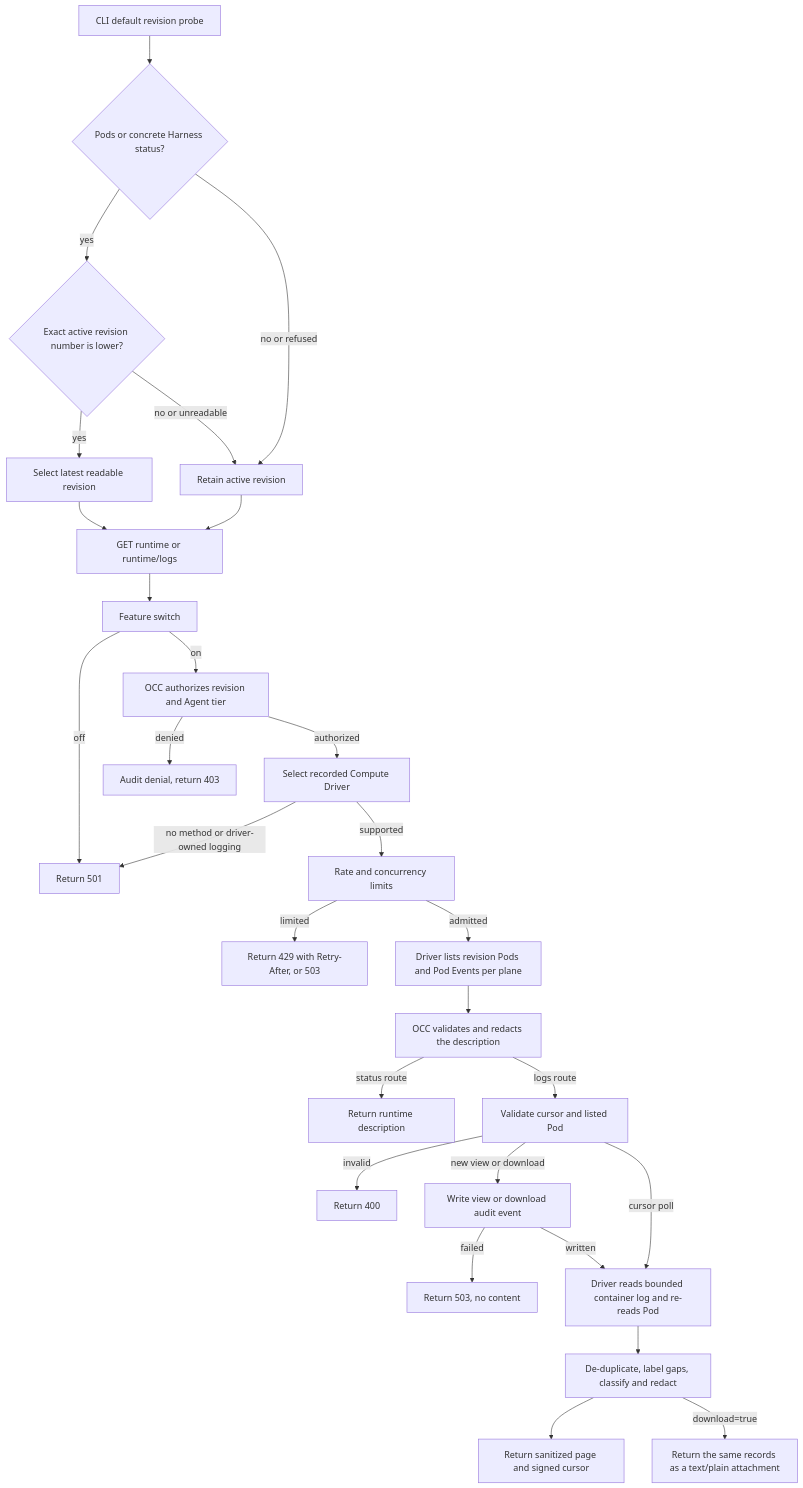
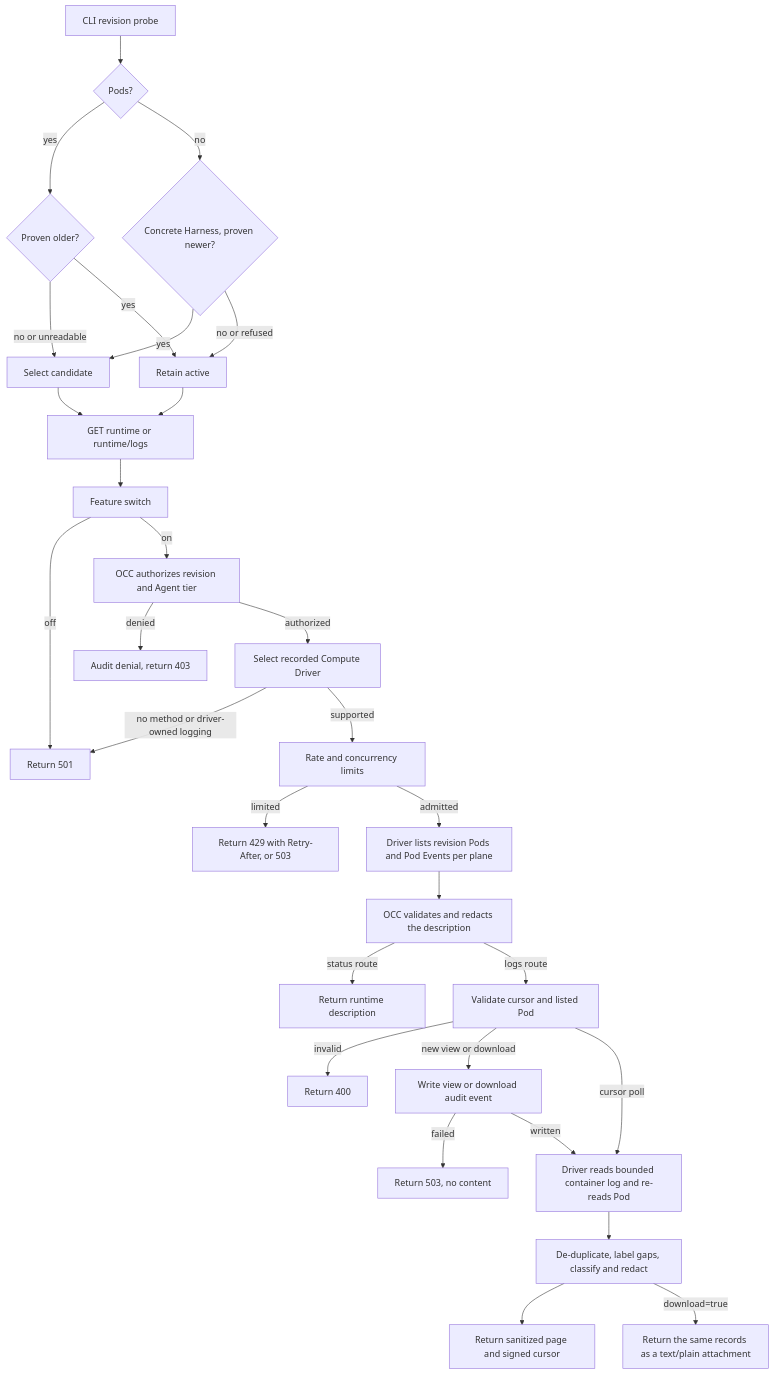
The diagram in docs/flows/agent-runtime-logs.md (ericcaiwx-star/openclaw-enterprise), drawn with Mermaid before and after one commit. The commit also changed other lines of this file and 3 other files, not shown here.

Commit message:
fix(cli): preserve Pod diagnostics when revision order is unknown

````diff
--- a/docs/flows/agent-runtime-logs.md
+++ b/docs/flows/agent-runtime-logs.md
@@ -33,30 +33,32 @@
 ```mermaid
 graph TD
-  V["CLI default revision probe"] --> W{"Pods or concrete Harness status?"}
-  W -->|yes| Z{"Exact active revision number is lower?"}
-  Z -->|yes| X["Select latest readable revision"]
-  Z -->|no or unreadable| Y
-  W -->|no or refused| Y["Retain active revision"]
+  V["CLI revision probe"] --> W{"Pods?"}
+  W -->|yes| Z{"Proven older?"}
+  Z -->|no or unreadable| X["Select candidate"]
+  Z -->|yes| Y["Retain active"]
+  W -->|no| T{"Concrete Harness, proven newer?"}
+  T -->|yes| X
+  T -->|no or refused| Y
   X --> A["GET runtime or runtime/logs"]
   Y --> A
   A --> B["Feature switch"]
   B -->|off| C["Return 501"]
   B -->|on| E["OCC authorizes revision and Agent tier"]
   E -->|denied| F["Audit denial, return 403"]
   E -->|authorized| G["Select recorded Compute Driver"]
   G -->|no method or driver-owned logging| C
   G -->|supported| S["Rate and concurrency limits"]
   S -->|limited| D["Return 429 with Retry-After, or 503"]
   S -->|admitted| H["Driver lists revision Pods and Pod Events per plane"]
   H --> I["OCC validates and redacts the description"]
   I -->|status route| J["Return runtime description"]
   I -->|logs route| K["Validate cursor and listed Pod"]
   K -->|invalid| L["Return 400"]
   K -->|new view or download| M["Write view or download audit event"]
   M -->|failed| N["Return 503, no content"]
   M -->|written| O["Driver reads bounded container log and re-reads Pod"]
   K -->|cursor poll| O
   O --> P["De-duplicate, label gaps, classify and redact"]
   P --> Q["Return sanitized page and signed cursor"]
   P -->|download=true| R["Return the same records as a text/plain attachment"]
 ```
````
